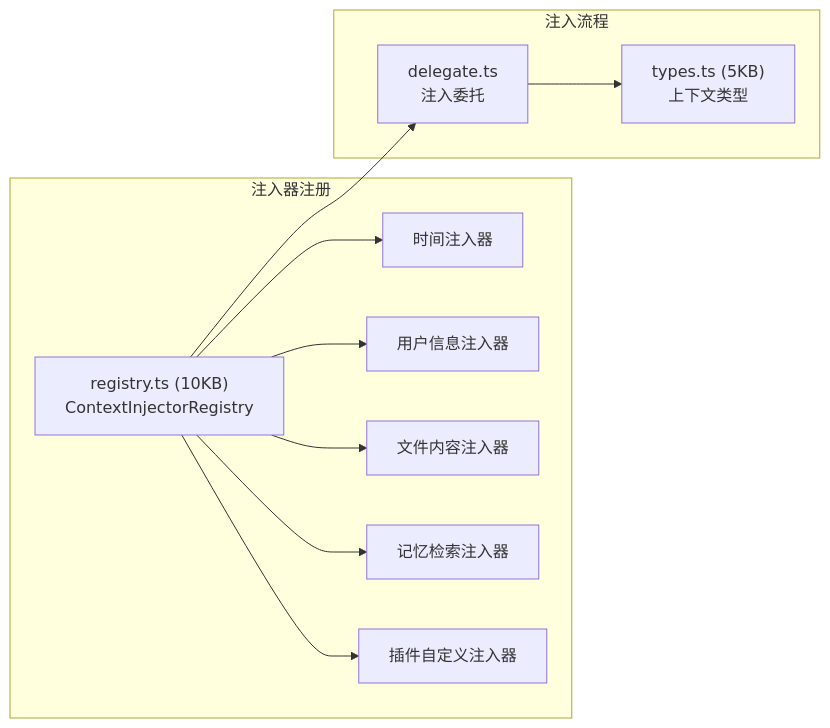
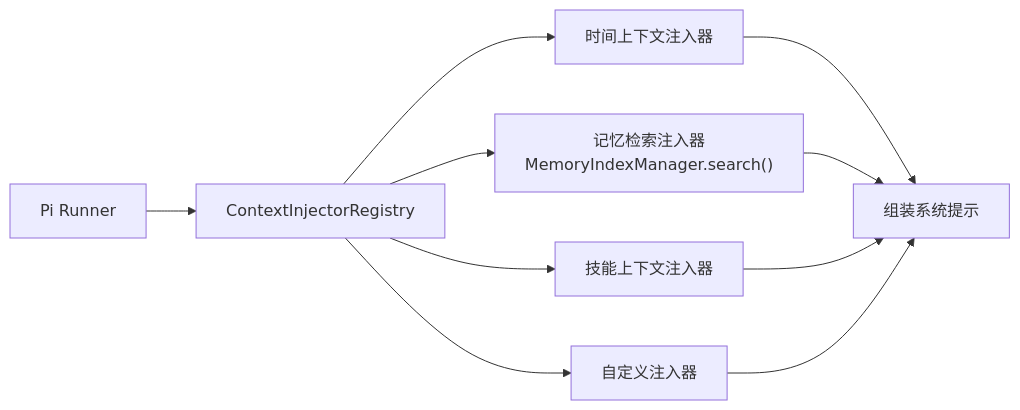
The third of 3 diagrams in zh-docs/modules/memory-context.md (royalwang/openclaw), drawn with Mermaid before and after one commit. The commit also changed other lines of this file and 8 other files, not shown here.

````diff
--- a/zh-docs/modules/memory-context.md
+++ b/zh-docs/modules/memory-context.md
@@ -115,20 +210,9 @@
 ```mermaid
 flowchart LR
-    subgraph "注入器注册"
-        REG["registry.ts (10KB)<br/>ContextInjectorRegistry"]
-        TIME["时间注入器"]
-        USER["用户信息注入器"]
-        FILE["文件内容注入器"]
-        MEM_INJ["记忆检索注入器"]
-        PLUG["插件自定义注入器"]
-    end
-
-    subgraph "注入流程"
-        DELEGATE["delegate.ts<br/>注入委托"]
-        TYPES["types.ts (5KB)<br/>上下文类型"]
-    end
-
-    REG --> TIME & USER & FILE & MEM_INJ & PLUG
-    REG --> DELEGATE
-    DELEGATE --> TYPES
+    AGENT["Pi Runner"] --> REGISTRY["ContextInjectorRegistry"]
+    REGISTRY --> TIME["时间上下文注入器"]
+    REGISTRY --> MEM["记忆检索注入器<br/>MemoryIndexManager.search()"]
+    REGISTRY --> SKILL["技能上下文注入器"]
+    REGISTRY --> CUSTOM["自定义注入器"]
+    TIME & MEM & SKILL & CUSTOM --> PROMPT["组装系统提示"]
 ```
````
